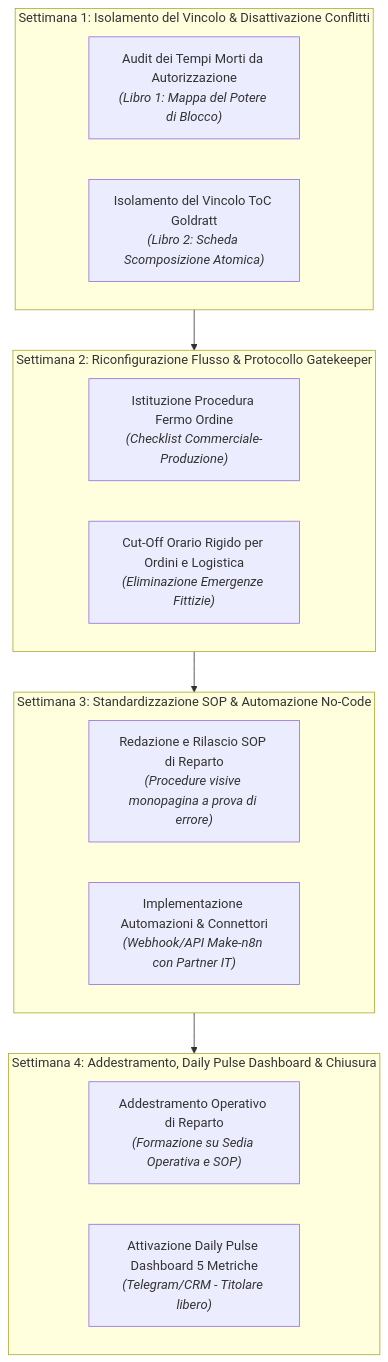
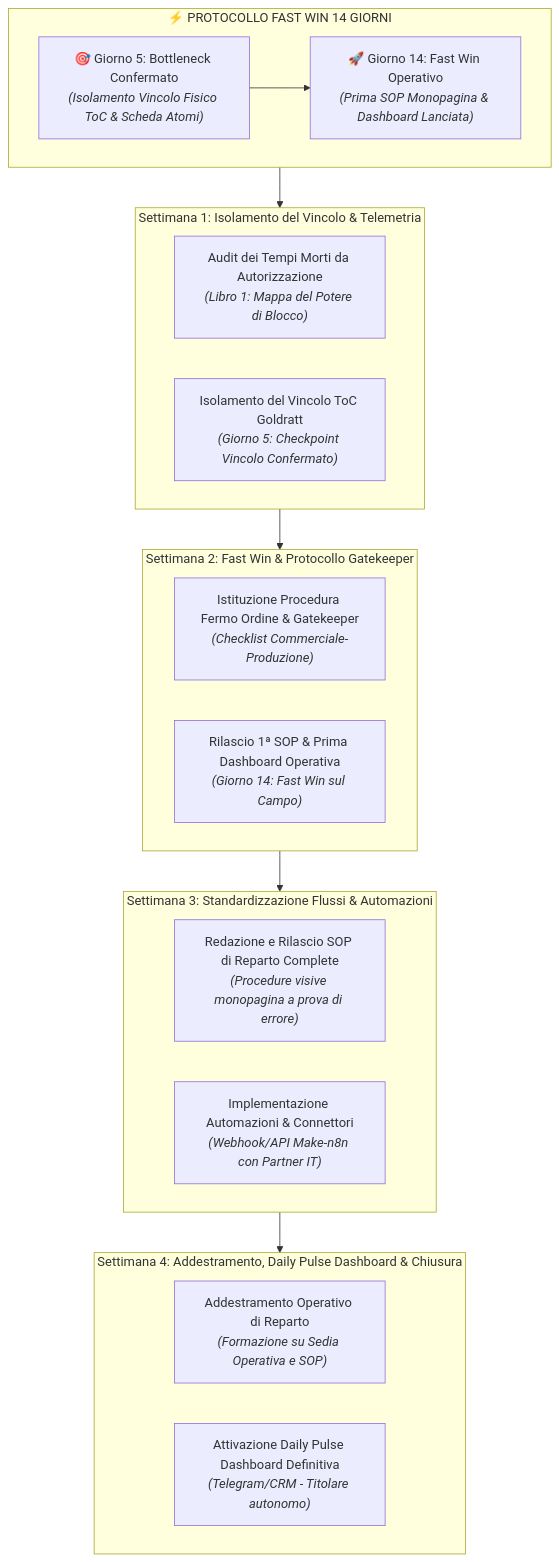
One commit to MarioDaeda/lbc-la-buona-community changed the third of 3 diagrams in OFFERTA_ARIETE_PMI.md. Above: the diagram before and after it, drawn with Mermaid. The commit also changed other lines of this file and 10 other files, not shown here.

````diff
--- a/OFFERTA_ARIETE_PMI.md
+++ b/OFFERTA_ARIETE_PMI.md
@@ -115,24 +121,30 @@
 ```mermaid
 flowchart TD
-    subgraph W1 ["Settimana 1: Isolamento del Vincolo & Disattivazione Conflitti"]
-        W1A["Audit dei Tempi Morti da Autorizzazione<br/><i>(Libro 1: Mappa del Potere di Blocco)</i>"]
-        W1B["Isolamento del Vincolo ToC Goldratt<br/><i>(Libro 2: Scheda Scomposizione Atomica)</i>"]
+    subgraph FW ["⚡ PROTOCOLLO FAST WIN 14 GIORNI"]
+        D5["🎯 Giorno 5: Bottleneck Confermato<br/><i>(Isolamento Vincolo Fisico ToC & Scheda Atomi)</i>"]
+        D14["🚀 Giorno 14: Fast Win Operativo<br/><i>(Prima SOP Monopagina & Dashboard Lanciata)</i>"]
+        D5 --> D14
     end
 
-    subgraph W2 ["Settimana 2: Riconfigurazione Flusso & Protocollo Gatekeeper"]
-        W2A["Istituzione Procedura Fermo Ordine<br/><i>(Checklist Commerciale-Produzione)</i>"]
-        W2B["Cut-Off Orario Rigido per Ordini e Logistica<br/><i>(Eliminazione Emergenze Fittizie)</i>"]
+    subgraph W1 ["Settimana 1: Isolamento del Vincolo & Telemetria"]
+        W1A["Audit dei Tempi Morti da Autorizzazione<br/><i>(Libro 1: Mappa del Potere di Blocco)</i>"]
+        W1B["Isolamento del Vincolo ToC Goldratt<br/><i>(Giorno 5: Checkpoint Vincolo Confermato)</i>"]
     end
 
-    subgraph W3 ["Settimana 3: Standardizzazione SOP & Automazione No-Code"]
-        W3A["Redazione e Rilascio SOP di Reparto<br/><i>(Procedure visive monopagina a prova di errore)</i>"]
+    subgraph W2 ["Settimana 2: Fast Win & Protocollo Gatekeeper"]
+        W2A["Istituzione Procedura Fermo Ordine & Gatekeeper<br/><i>(Checklist Commerciale-Produzione)</i>"]
+        W2B["Rilascio 1ª SOP & Prima Dashboard Operativa<br/><i>(Giorno 14: Fast Win sul Campo)</i>"]
+    end
+
+    subgraph W3 ["Settimana 3: Standardizzazione Flussi & Automazioni"]
+        W3A["Redazione e Rilascio SOP di Reparto Complete<br/><i>(Procedure visive monopagina a prova di errore)</i>"]
         W3B["Implementazione Automazioni & Connettori<br/><i>(Webhook/API Make-n8n con Partner IT)</i>"]
     end
 
     subgraph W4 ["Settimana 4: Addestramento, Daily Pulse Dashboard & Chiusura"]
         W4A["Addestramento Operativo di Reparto<br/><i>(Formazione su Sedia Operativa e SOP)</i>"]
-        W4B["Attivazione Daily Pulse Dashboard 5 Metriche<br/><i>(Telegram/CRM - Titolare libero)</i>"]
+        W4B["Attivazione Daily Pulse Dashboard Definitiva<br/><i>(Telegram/CRM - Titolare autonomo)</i>"]
     end
 
-    W1 --> W2 --> W3 --> W4
+    FW --> W1 --> W2 --> W3 --> W4
 ```
````
